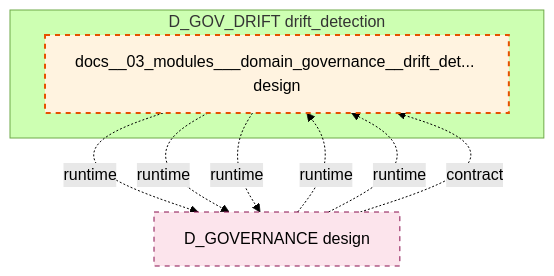
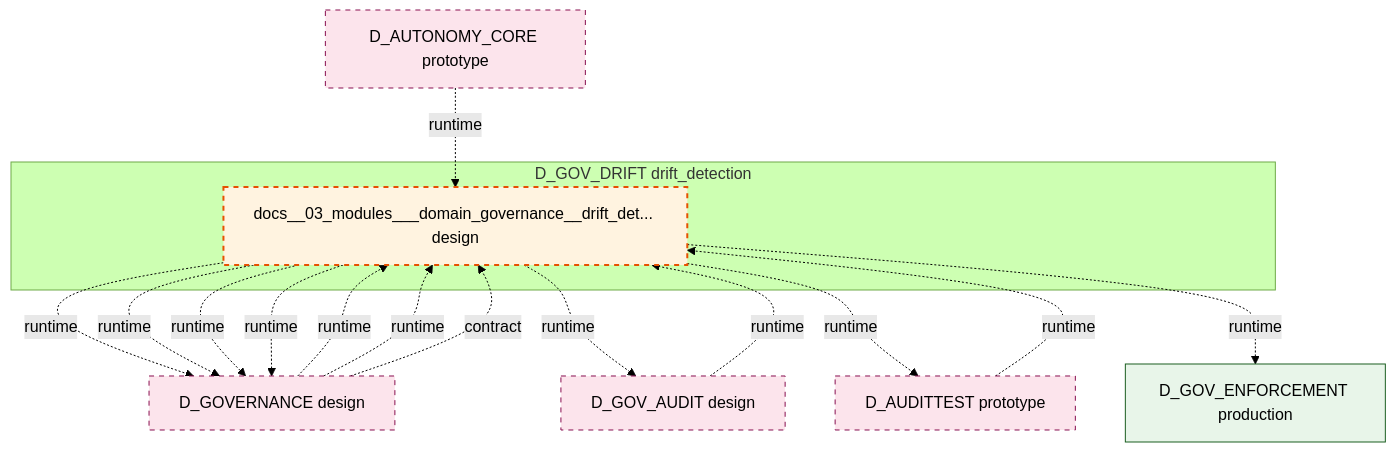
The diagram in docs/02_enterprise_architecture/02_domain_architecture_docs/34_d_gov_drift.md (xuanFelixVan/ZephyrAlpha), drawn with Mermaid (forest theme) before and after one commit. The commit also changed other lines of this file and 99 other files, not shown here.

````diff
--- a/docs/02_enterprise_architecture/02_domain_architecture_docs/34_d_gov_drift.md
+++ b/docs/02_enterprise_architecture/02_domain_architecture_docs/34_d_gov_drift.md
@@ -47,19 +47,31 @@
 ```mermaid
 graph TD
     subgraph D_GOV_DRIFT["D_GOV_DRIFT drift_detection"]
         docs_03_modules_domain_governance_drift_detector_blueprint_md["docs__03_modules___domain_governance__drift_det... design"]
     end
     D_GOVERNANCE["D_GOVERNANCE design"]
     docs_03_modules_domain_governance_drift_detector_blueprint_md -.->|runtime| D_GOVERNANCE
     docs_03_modules_domain_governance_drift_detector_blueprint_md -.->|runtime| D_GOVERNANCE
+    D_GOV_AUDIT["D_GOV_AUDIT design"]
+    docs_03_modules_domain_governance_drift_detector_blueprint_md -.->|runtime| D_GOV_AUDIT
+    D_AUDITTEST["D_AUDITTEST prototype"]
+    docs_03_modules_domain_governance_drift_detector_blueprint_md -.->|runtime| D_AUDITTEST
+    D_GOV_ENFORCEMENT["D_GOV_ENFORCEMENT production"]
+    docs_03_modules_domain_governance_drift_detector_blueprint_md -.->|runtime| D_GOV_ENFORCEMENT
     docs_03_modules_domain_governance_drift_detector_blueprint_md -.->|runtime| D_GOVERNANCE
+    docs_03_modules_domain_governance_drift_detector_blueprint_md -.->|runtime| D_GOVERNANCE
+    D_GOV_AUDIT -.->|runtime| docs_03_modules_domain_governance_drift_detector_blueprint_md
     D_GOVERNANCE -.->|runtime| docs_03_modules_domain_governance_drift_detector_blueprint_md
     D_GOVERNANCE -.->|runtime| docs_03_modules_domain_governance_drift_detector_blueprint_md
     D_GOVERNANCE -.->|contract| docs_03_modules_domain_governance_drift_detector_blueprint_md
+    D_AUTONOMY_CORE["D_AUTONOMY_CORE prototype"]
+    D_AUTONOMY_CORE -.->|runtime| docs_03_modules_domain_governance_drift_detector_blueprint_md
+    D_AUDITTEST -.->|runtime| docs_03_modules_domain_governance_drift_detector_blueprint_md
     classDef production fill:#e1f5fe,stroke:#01579b,stroke-width:2px,color:#000
     classDef design fill:#fff3e0,stroke:#e65100,stroke-width:2px,color:#000,stroke-dasharray: 5 5
     classDef external_prod fill:#e8f5e9,stroke:#1b5e20,stroke-width:1px,color:#000
     classDef external_design fill:#fce4ec,stroke:#880e4f,stroke-width:1px,color:#000,stroke-dasharray: 5 5
     class docs_03_modules_domain_governance_drift_detector_blueprint_md design
-    class D_GOVERNANCE external_design
+    class D_GOV_ENFORCEMENT external_prod
+    class D_GOVERNANCE,D_GOV_AUDIT,D_AUDITTEST,D_AUTONOMY_CORE external_design
 ```
````
